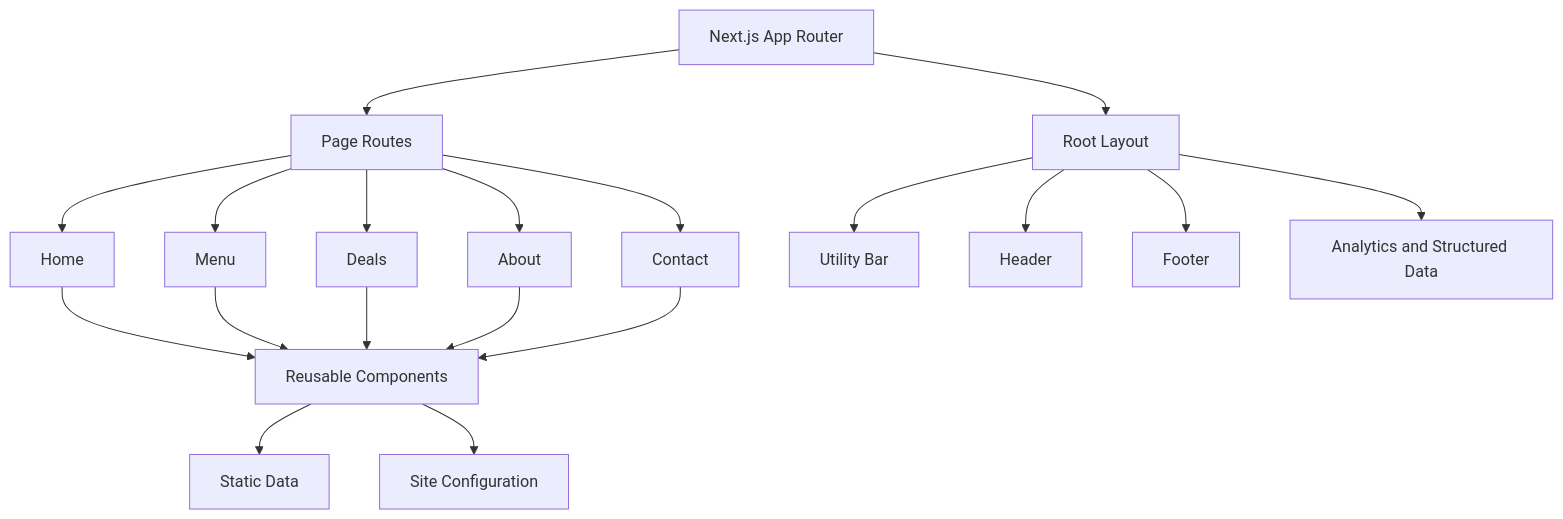
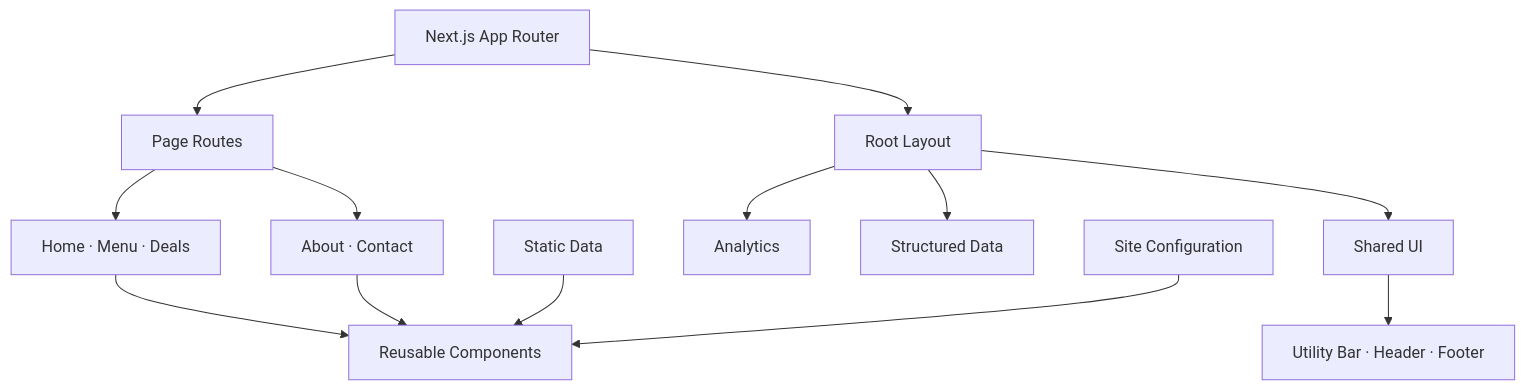
Before and after one commit to hadiashah01/fast-and-furious-cafe: the second of 3 diagrams in README.md, drawn with Mermaid. The commit also changed other lines of this file and 2 other files, not shown here.

Commit message:
update images and flowcharts in readme.md

````diff
--- a/README.md
+++ b/README.md
@@ -143,25 +149,20 @@
 ```mermaid
 flowchart TD
     A["Next.js App Router"] --> B["Page Routes"]
     A --> C["Root Layout"]
 
-    B --> D["Home"]
-    B --> E["Menu"]
-    B --> F["Deals"]
-    B --> G["About"]
-    B --> H["Contact"]
+    B --> D["Home · Menu · Deals"]
+    B --> E["About · Contact"]
 
-    C --> I["Utility Bar"]
-    C --> J["Header"]
-    C --> K["Footer"]
-    C --> L["Analytics and Structured Data"]
+    C --> F["Shared UI"]
+    F --> G["Utility Bar · Header · Footer"]
 
-    D --> M["Reusable Components"]
-    E --> M
-    F --> M
-    G --> M
-    H --> M
+    C --> H["Analytics"]
+    C --> I["Structured Data"]
 
-    M --> N["Static Data"]
-    M --> O["Site Configuration"]
+    D --> J["Reusable Components"]
+    E --> J
+
+    K["Static Data"] --> J
+    L["Site Configuration"] --> J
 ```
````
